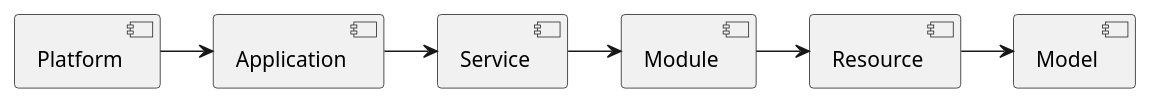
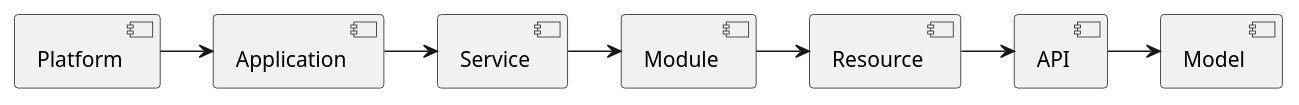
Before and after one commit to crazydan-studio/duzhou.crazydan.io: the first of 3 diagrams in docs/100.development/100.design/150.arch.md, drawn with PlantUML. The commit also changed other lines of this file and 2 other files, not shown here.

````diff
--- a/docs/100.development/100.design/150.arch.md
+++ b/docs/100.development/100.design/150.arch.md
@@ -16,14 +18,16 @@
 ```plantuml
 [Platform] as platform
 [Application] as application
 [Service] as service
 [Module] as module
 [Resource] as resource
+[API] as api
 [Model] as model
 
 platform -> application
 application -> service
 service -> module
 module -> resource
-resource -> model
+resource -> api
+api -> model
 ```
````
